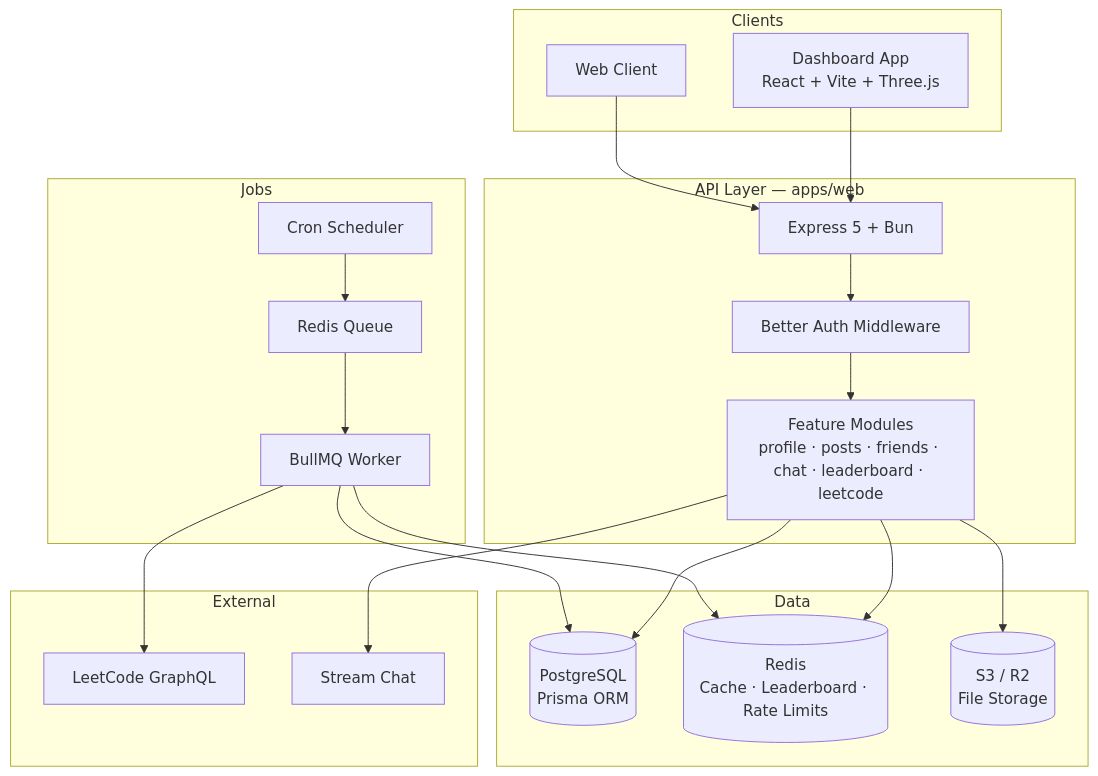
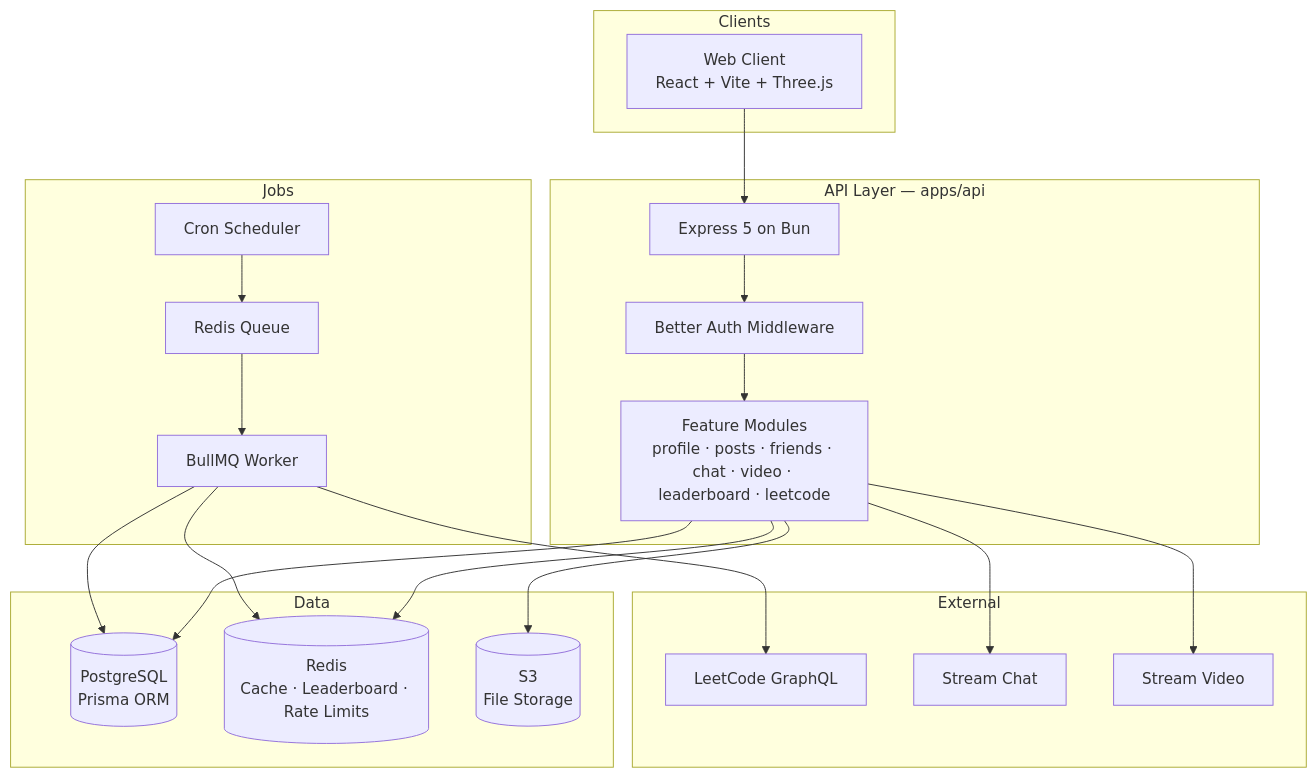
Before and after one commit to Dharaneeshsl/Lumina: the diagram in README.md, drawn with Mermaid. The commit also changed other lines of this file, not shown here.

````diff
--- a/README.md
+++ b/README.md
@@ -208,43 +195,43 @@
 ```mermaid
 graph TB
     subgraph Clients
-        DASH[Dashboard App<br/>React + Vite + Three.js]
-        WEB_CLIENT[Web Client]
+        WEB_CLIENT[Web Client<br/>React + Vite + Three.js]
     end
 
-    subgraph API["API Layer — apps/web"]
-        EXPRESS[Express 5 + Bun]
+    subgraph API["API Layer — apps/api"]
+        EXPRESS[Express 5 on Bun]
         AUTH_MW[Better Auth Middleware]
-        FEATURES[Feature Modules<br/>profile · posts · friends · chat · leaderboard · leetcode]
+        FEATURES[Feature Modules<br/>profile · posts · friends · chat · video · leaderboard · leetcode]
     end
 
     subgraph Jobs
         CRON[Cron Scheduler]
         WORKER[BullMQ Worker]
         QUEUE[Redis Queue]
     end
 
     subgraph Data
         PG[(PostgreSQL<br/>Prisma ORM)]
         REDIS[(Redis<br/>Cache · Leaderboard · Rate Limits)]
-        S3[(S3 / R2<br/>File Storage)]
+        S3[(S3<br/>File Storage)]
     end
 
     subgraph External
         LC[LeetCode GraphQL]
-        STREAM[Stream Chat]
+        STREAM_CHAT[Stream Chat]
+        STREAM_VIDEO[Stream Video]
     end
 
-    DASH --> EXPRESS
     WEB_CLIENT --> EXPRESS
     EXPRESS --> AUTH_MW --> FEATURES
     FEATURES --> PG
     FEATURES --> REDIS
     FEATURES --> S3
-    FEATURES --> STREAM
+    FEATURES --> STREAM_CHAT
+    FEATURES --> STREAM_VIDEO
     CRON --> QUEUE
     QUEUE --> WORKER
     WORKER --> LC
     WORKER --> PG
     WORKER --> REDIS
 ```
````
